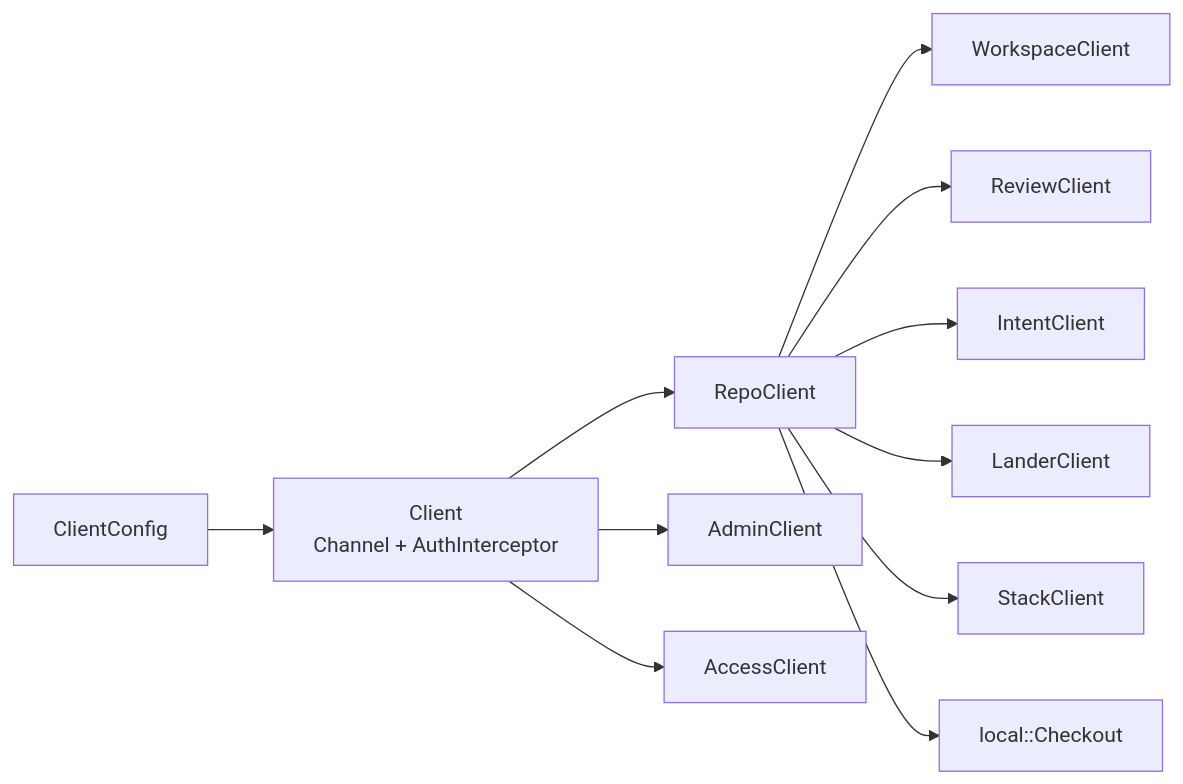
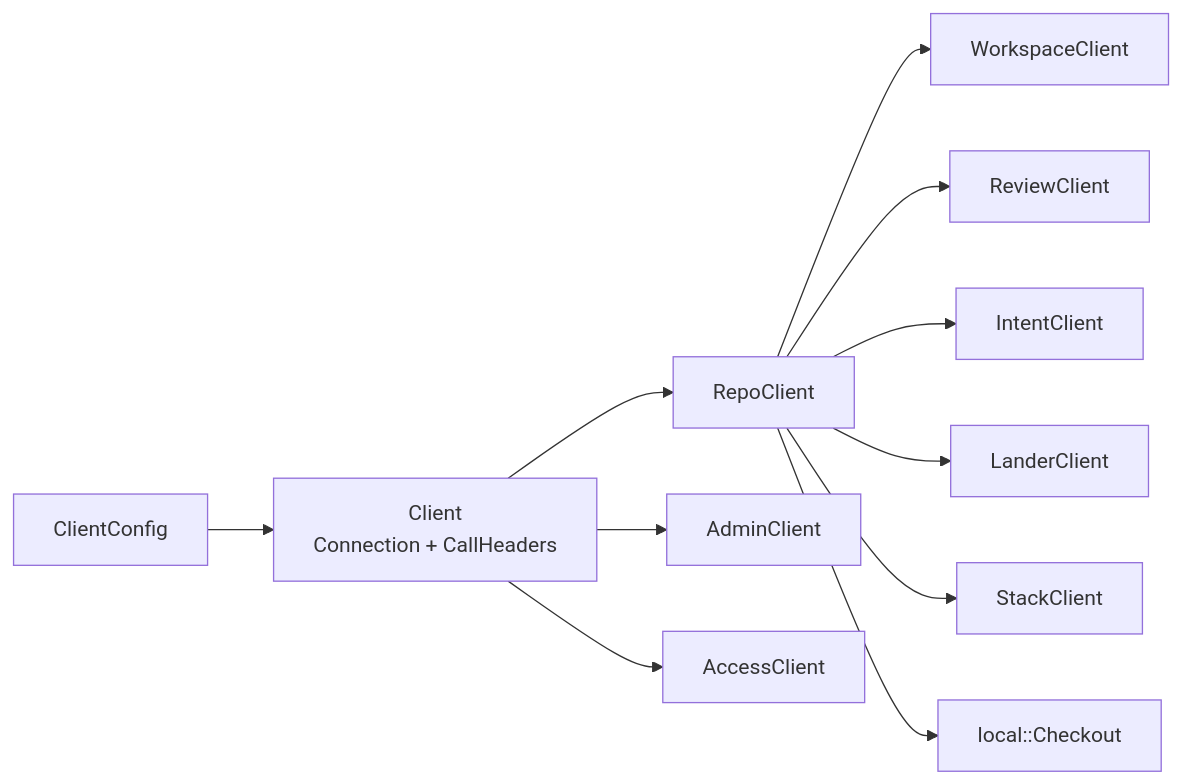
The first of 2 diagrams in architecture/08-clients/sdk.md (envoy1084/rill), drawn with Mermaid before and after one commit. The commit also changed other lines of this file and 214 other files, not shown here.

````diff
--- a/architecture/08-clients/sdk.md
+++ b/architecture/08-clients/sdk.md
@@ -10,13 +10,13 @@
 ```mermaid
 flowchart LR
-    Cfg[ClientConfig] --> Cl[Client<br/>Channel + AuthInterceptor]
+    Cfg[ClientConfig] --> Cl[Client<br/>Connection + CallHeaders]
     Cl --> Repo[RepoClient]
     Cl --> Admin[AdminClient]
     Cl --> Access[AccessClient]
     Repo --> WS[WorkspaceClient]
     Repo --> Rv[ReviewClient]
     Repo --> In[IntentClient]
     Repo --> La[LanderClient]
     Repo --> St[StackClient]
     Repo --> Co[local::Checkout]
 ```
````
